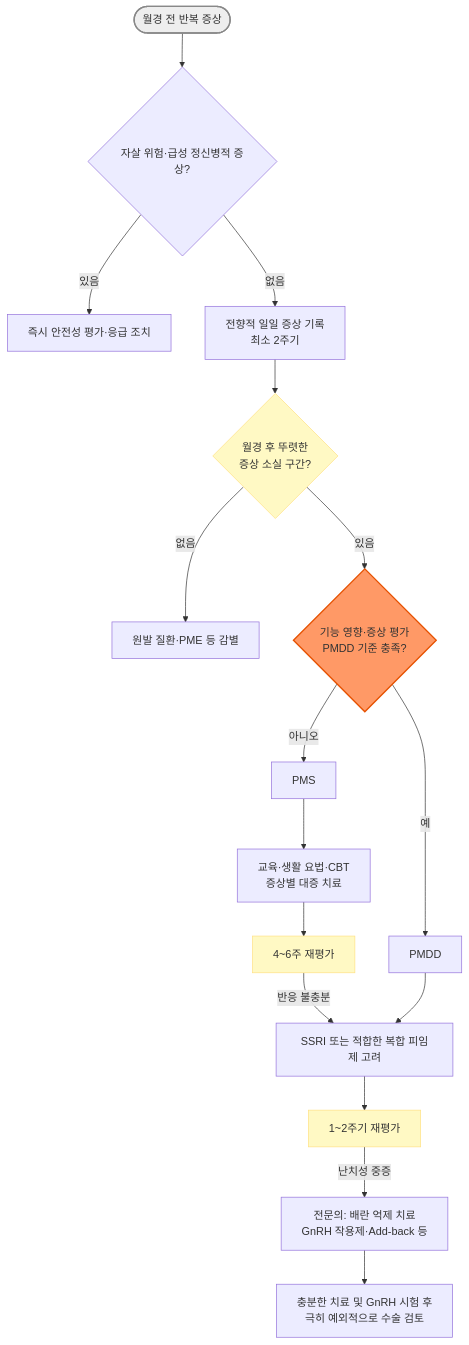
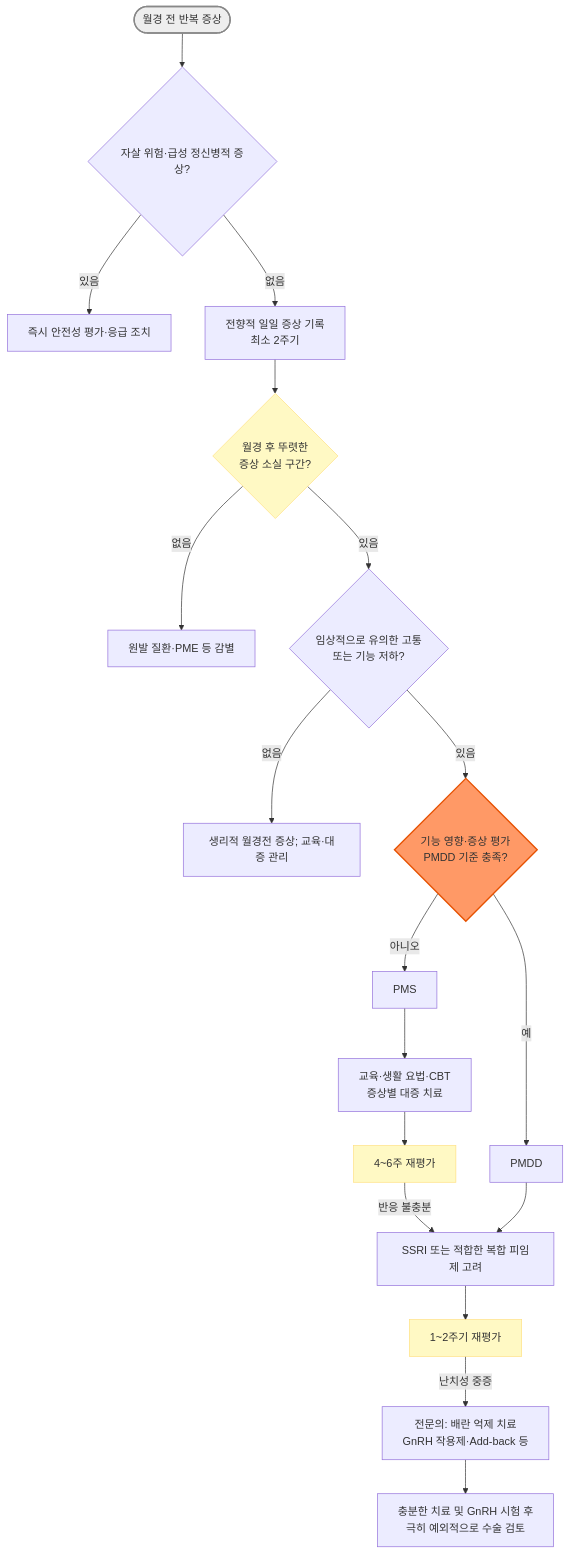
The diagram in 227_/127_-premenstrual-syndrome-pms.md (familyoh77/familyoh77), drawn with Mermaid before and after one commit. The commit also changed other lines of this file and 4 other files, not shown here.

````diff
--- a/227_/127_-premenstrual-syndrome-pms.md
+++ b/227_/127_-premenstrual-syndrome-pms.md
@@ -130,25 +129,27 @@
 ```mermaid
 graph TD
     Start(["월경 전 반복 증상"]) --> Safety{"자살 위험·급성 정신병적 증상?"}
     Safety -- "있음" --> Urgent["즉시 안전성 평가·응급 조치"]
     Safety -- "없음" --> Chart["전향적 일일 증상 기록<br>최소 2주기"]
     Chart --> Pattern{"월경 후 뚜렷한<br>증상 소실 구간?"}
     Pattern -- "없음" --> Diff["원발 질환·PME 등 감별"]
-    Pattern -- "있음" --> DxBranch{"기능 영향·증상 평가<br>PMDD 기준 충족?"}
+    Pattern -- "있음" --> Impact{"임상적으로 유의한 고통<br>또는 기능 저하?"}
+    Impact -- "없음" --> Physiologic["생리적 월경전 증상; 교육·대증 관리"]
+    Impact -- "있음" --> DxBranch{"기능 영향·증상 평가<br>PMDD 기준 충족?"}
     DxBranch -- "아니오" --> PMS["PMS"]
     DxBranch -- "예" --> PMDD["PMDD"]
     PMS --> Step1["교육·생활 요법·CBT<br>증상별 대증 치료"]
     Step1 --> Reassess1["4~6주 재평가"]
     Reassess1 -- "반응 불충분" --> Step2["SSRI 또는 적합한 복합 피임제 고려"]
     PMDD --> Step2
     Step2 --> Reassess2["1~2주기 재평가"]
     Reassess2 -- "난치성 중증" --> Step3["전문의: 배란 억제 치료<br>GnRH 작용제·Add-back 등"]
     Step3 --> Surgery["충분한 치료 및 GnRH 시험 후<br>극히 예외적으로 수술 검토"]
 
     classDef branch fill:#fff9c4,stroke:#ffe082
     classDef mainDx fill:#f96,stroke:#e65100,stroke-width:2px
     classDef startNode fill:#eeeeee,stroke:#888888,stroke-width:2px
     class Start startNode
     class DxBranch mainDx
     class Pattern,Reassess1,Reassess2 branch
 ```
````
